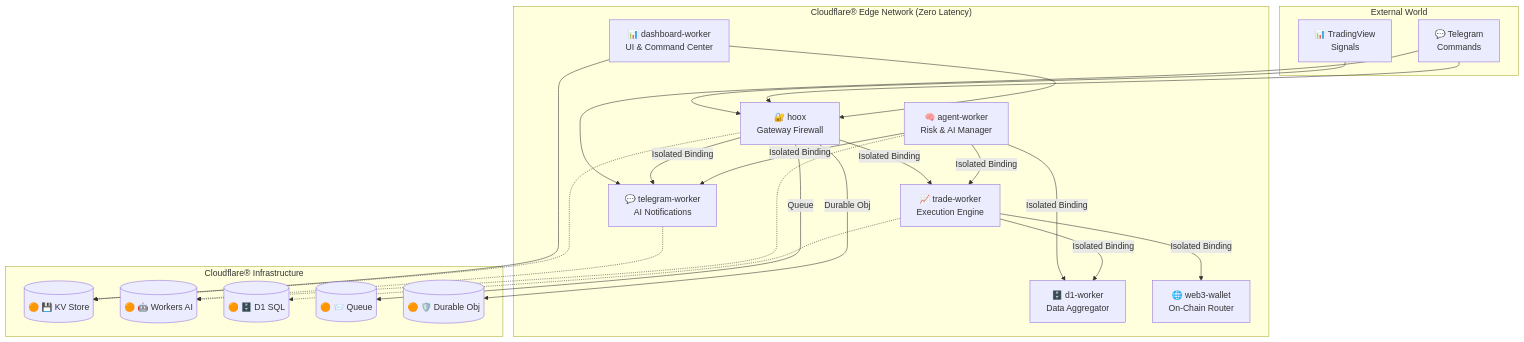
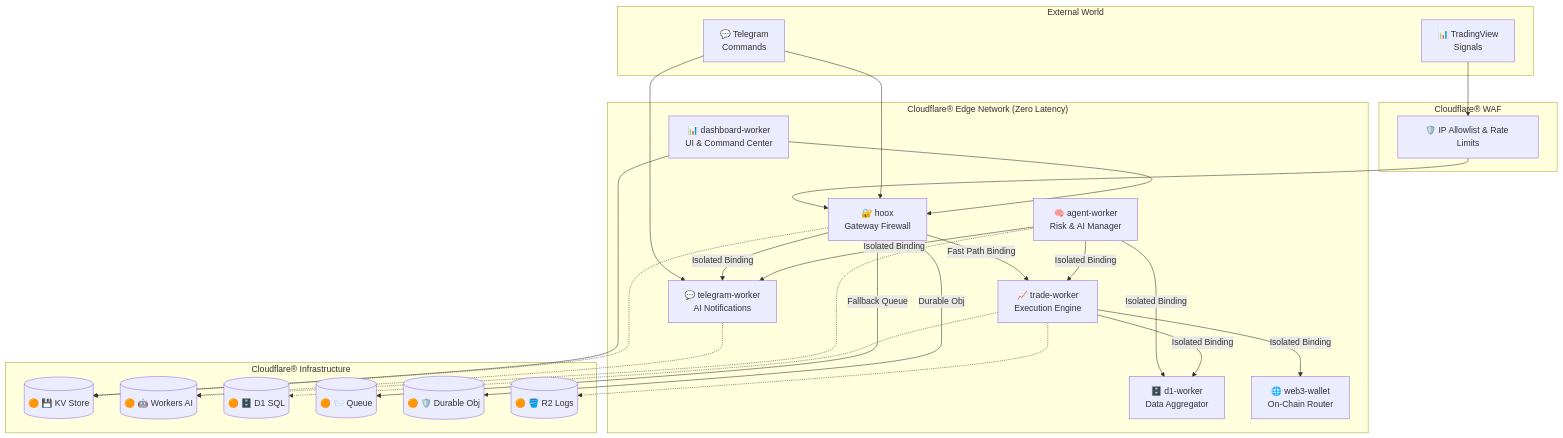
One commit to jango-blockchained/hoox-setup changed the diagram in README.md. Above: the diagram before and after it, drawn with Mermaid. The commit also changed other lines of this file and 9 other files, not shown here.

Commit message:
feat: fast path, WAF integration, R2 logging, zero trust docs

````diff
--- a/README.md
+++ b/README.md
@@ -83,47 +83,54 @@
 ```mermaid
 graph TB
     subgraph "External World"
         TV["📊 TradingView<br/>Signals"]
         TG["💬 Telegram<br/>Commands"]
+    end
+
+    subgraph "Cloudflare® WAF"
+        WAF["🛡️ IP Allowlist & Rate Limits"]
     end
 
     subgraph "Cloudflare® Edge Network (Zero Latency)"
         hoox["🔐 hoox<br/>Gateway Firewall"]
         trade["📈 trade-worker<br/>Execution Engine"]
         telegram["💬 telegram-worker<br/>AI Notifications"]
         agent["🧠 agent-worker<br/>Risk & AI Manager"]
         dash["📊 dashboard-worker<br/>UI & Command Center"]
         d1["🗄️ d1-worker<br/>Data Aggregator"]
         web3["🌐 web3-wallet<br/>On-Chain Router"]
     end
 
     subgraph "Cloudflare® Infrastructure"
         KV[(🟠 💾 KV Store)]
         AI[(🟠 🤖 Workers AI)]
         DB[(🟠 🗄️ D1 SQL)]
         Q[(🟠 📨 Queue)]
         DO[(🟠 🛡️ Durable Obj)]
+        R2[(🟠 🪣 R2 Logs)]
     end
 
-    TV --> hoox
+    TV --> WAF
+    WAF --> hoox
     TG --> hoox
     TG --> telegram
     dash --> KV
     dash --> hoox
 
-    hoox -->|Isolated Binding| trade
-    hoox -->|Queue | Q
+    hoox -->|Fast Path Binding| trade
+    hoox -->|Fallback Queue| Q
     hoox -->|Durable Obj| DO
     hoox -->|Isolated Binding| telegram
     agent -->|Isolated Binding| trade
     agent -->|Isolated Binding| telegram
     agent -->|Isolated Binding| d1
 
     trade -->|Isolated Binding| d1
     trade -->|Isolated Binding| web3
 
     hoox -.-> KV
     trade -.-> DB
+    trade -.-> R2
     telegram -.-> AI
     agent -.-> AI
 ```
````
